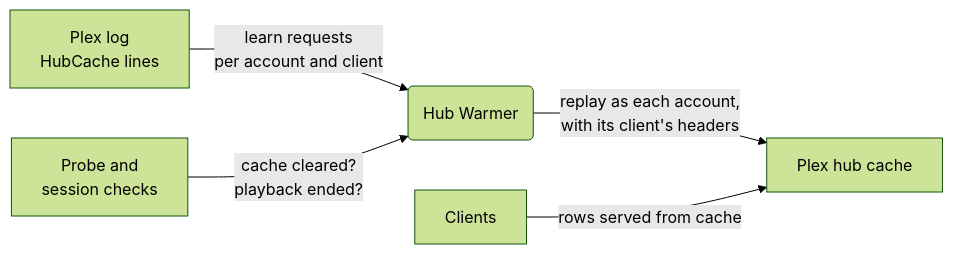
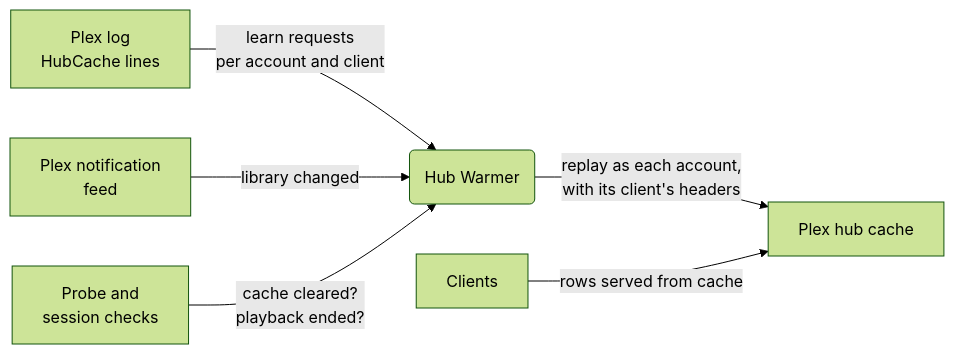
Before and after one commit to quinneydavid/hub-warmer: the diagram in README.md, drawn with Mermaid (forest theme). The commit also changed other lines of this file and 13 other files, not shown here.

````diff
--- a/README.md
+++ b/README.md
@@ -111,7 +116,8 @@
 ```mermaid
 flowchart LR
   A[Plex log<br/>HubCache lines] -->|learn requests<br/>per account and client| W(Hub Warmer)
+  N[Plex notification<br/>feed] -->|library changed| W
   P[Probe and<br/>session checks] -->|cache cleared?<br/>playback ended?| W
   W -->|replay as each account,<br/>with its client's headers| X[Plex hub cache]
   U[Clients] -->|rows served from cache| X
 ```
````
